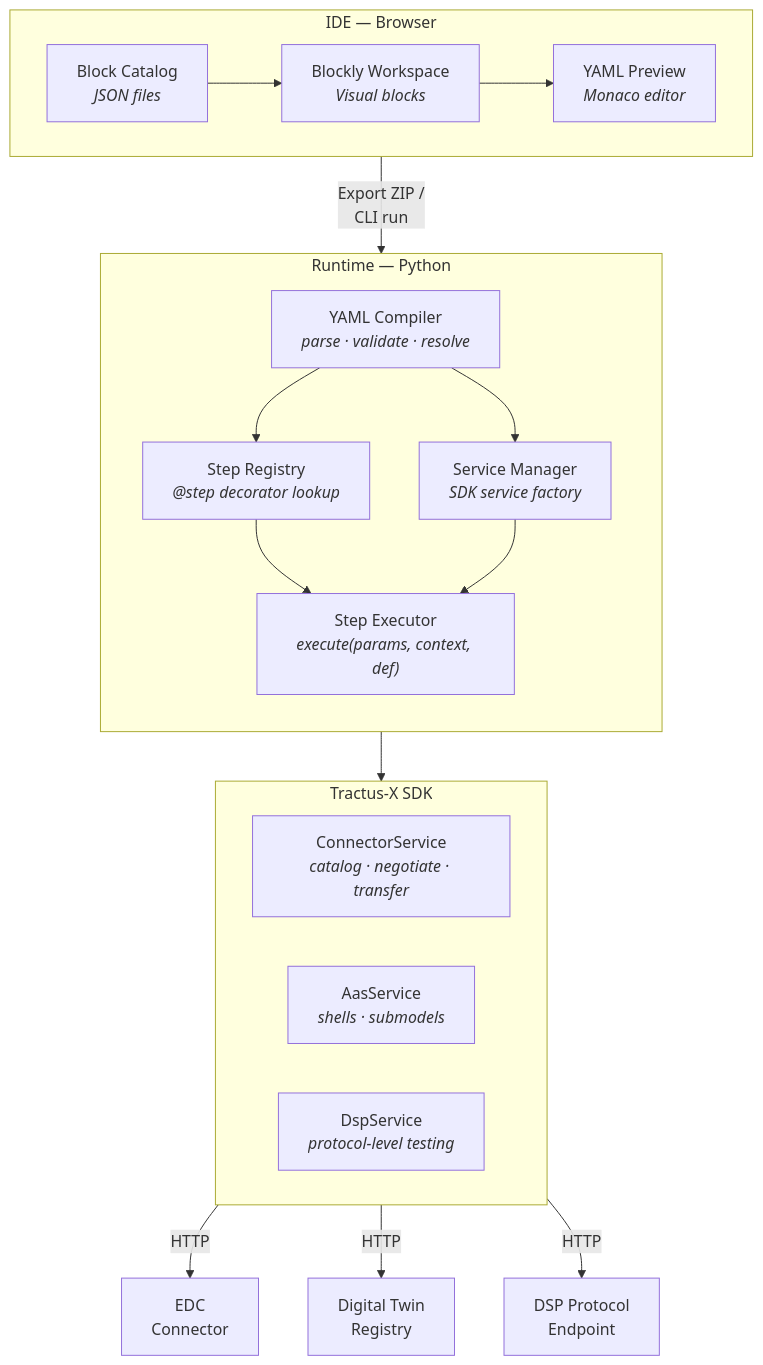
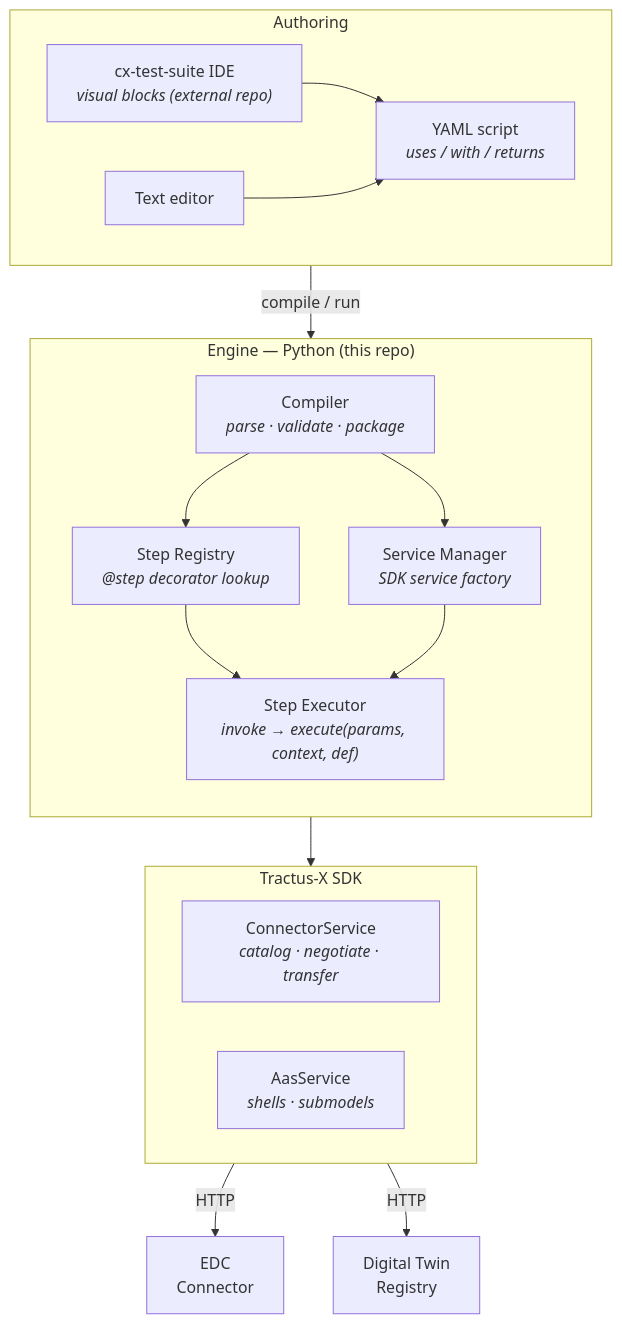
Before and after one commit to eclipse-tractusx/tractusx-testlab: the fifth of 5 diagrams in docs/developer/block-lifecycle.md, drawn with Mermaid. The commit also changed other lines of this file and 103 other files, not shown here.

````diff
--- a/docs/developer/block-lifecycle.md
+++ b/docs/developer/block-lifecycle.md
@@ -600,31 +512,29 @@
 ```mermaid
 flowchart TD
-    subgraph IDE["IDE — Browser"]
+    subgraph AUTH["Authoring"]
         direction LR
-        CAT["Block Catalog<br/><i>JSON files</i>"] --> WS["Blockly Workspace<br/><i>Visual blocks</i>"]
-        WS --> YAML["YAML Preview<br/><i>Monaco editor</i>"]
+        IDE["cx-test-suite IDE<br/><i>visual blocks (external repo)</i>"] --> YAML["YAML script<br/><i>uses / with / returns</i>"]
+        ED["Text editor"] --> YAML
     end
 
-    YAML -->|"Export ZIP /<br/>CLI run"| COMP
+    YAML -->|"compile / run"| COMP
 
-    subgraph RT["Runtime — Python"]
+    subgraph RT["Engine — Python (this repo)"]
         direction TB
-        COMP["YAML Compiler<br/><i>parse · validate · resolve</i>"] --> REG["Step Registry<br/><i>@step decorator lookup</i>"]
+        COMP["Compiler<br/><i>parse · validate · package</i>"] --> REG["Step Registry<br/><i>@step decorator lookup</i>"]
         COMP --> SM["Service Manager<br/><i>SDK service factory</i>"]
-        REG --> EXEC["Step Executor<br/><i>execute(params, context, def)</i>"]
+        REG --> EXEC["Step Executor<br/><i>invoke → execute(params, context, def)</i>"]
         SM --> EXEC
     end
 
     EXEC --> SDK
 
     subgraph SDK["Tractus-X SDK"]
         direction LR
         CSVC["ConnectorService<br/><i>catalog · negotiate · transfer</i>"]
         ASVC["AasService<br/><i>shells · submodels</i>"]
-        DSVC["DspService<br/><i>protocol-level testing</i>"]
     end
 
     CSVC -->|"HTTP"| EDC["EDC<br/>Connector"]
     ASVC -->|"HTTP"| DTR["Digital Twin<br/>Registry"]
-    DSVC -->|"HTTP"| PROT["DSP Protocol<br/>Endpoint"]
 ```
````
